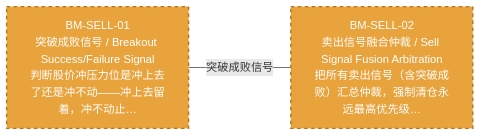
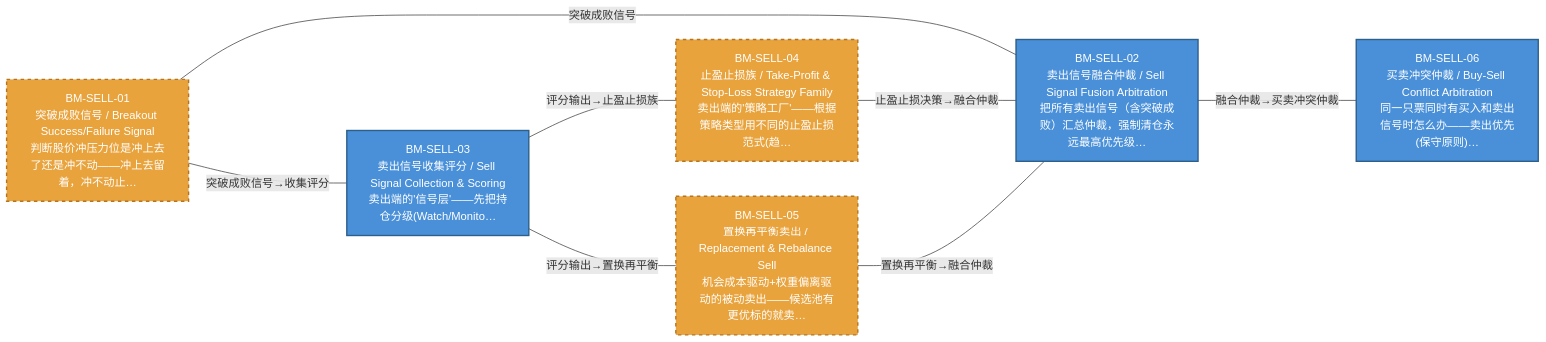
Before and after one commit to xuanFelixVan/ZephyrAlpha: the diagram in docs/02_enterprise_architecture/07_trading_decision_architecture/battle_map/battle_map_03_sell_flow.md, drawn with Mermaid. The commit also changed other lines of this file and 8 other files, not shown here.

````diff
--- a/docs/02_enterprise_architecture/07_trading_decision_architecture/battle_map/battle_map_03_sell_flow.md
+++ b/docs/02_enterprise_architecture/07_trading_decision_architecture/battle_map/battle_map_03_sell_flow.md
@@ -15,12 +15,22 @@
 ```mermaid
 %% 卖出阶段图
 flowchart LR
     BM_SELL_01["BM-SELL-01\n突破成败信号 / Breakout Success/Failure Signal\n判断股价冲压力位是冲上去了还是冲不动——冲上去留着，冲不动止…"]:::design
-    BM_SELL_02["BM-SELL-02\n卖出信号融合仲裁 / Sell Signal Fusion Arbitration\n把所有卖出信号（含突破成败）汇总仲裁，强制清仓永远最高优先级…"]:::design
+    BM_SELL_02["BM-SELL-02\n卖出信号融合仲裁 / Sell Signal Fusion Arbitration\n把所有卖出信号（含突破成败）汇总仲裁，强制清仓永远最高优先级…"]:::production
+    BM_SELL_03["BM-SELL-03\n卖出信号收集评分 / Sell Signal Collection & Scoring\n卖出端的'信号层'——先把持仓分级(Watch/Monito…"]:::production
+    BM_SELL_04["BM-SELL-04\n止盈止损族 / Take-Profit & Stop-Loss Strategy Family\n卖出端的'策略工厂'——根据策略类型用不同的止盈止损范式(趋…"]:::design
+    BM_SELL_05["BM-SELL-05\n置换再平衡卖出 / Replacement & Rebalance Sell\n机会成本驱动+权重偏离驱动的被动卖出——候选池有更优标的就卖…"]:::design
+    BM_SELL_06["BM-SELL-06\n买卖冲突仲裁 / Buy-Sell Conflict Arbitration\n同一只票同时有买入和卖出信号时怎么办——卖出优先(保守原则)…"]:::production
     BM_SELL_01 --- |突破成败信号| BM_SELL_02
+    BM_SELL_01 --- |突破成败信号→收集评分| BM_SELL_03
+    BM_SELL_03 --- |评分输出→止盈止损族| BM_SELL_04
+    BM_SELL_03 --- |评分输出→置换再平衡| BM_SELL_05
+    BM_SELL_04 --- |止盈止损决策→融合仲裁| BM_SELL_02
+    BM_SELL_05 --- |置换再平衡→融合仲裁| BM_SELL_02
+    BM_SELL_02 --- |融合仲裁→买卖冲突仲裁| BM_SELL_06
 classDef production fill:#4A90D9,stroke:#2C5F8A,color:#fff,stroke-width:2px;
 classDef design fill:#E8A33D,stroke:#B57520,color:#fff,stroke-width:2px,stroke-dasharray: 5 5;
 classDef deprecated fill:#D93636,stroke:#A02020,color:#fff,stroke-width:2px;
 classDef missing fill:#BBBBBB,stroke:#888888,color:#fff,stroke-width:2px;
 classDef candidate fill:#F4D03F,stroke:#B7950B,color:#000,stroke-width:2px;
 ```
````
